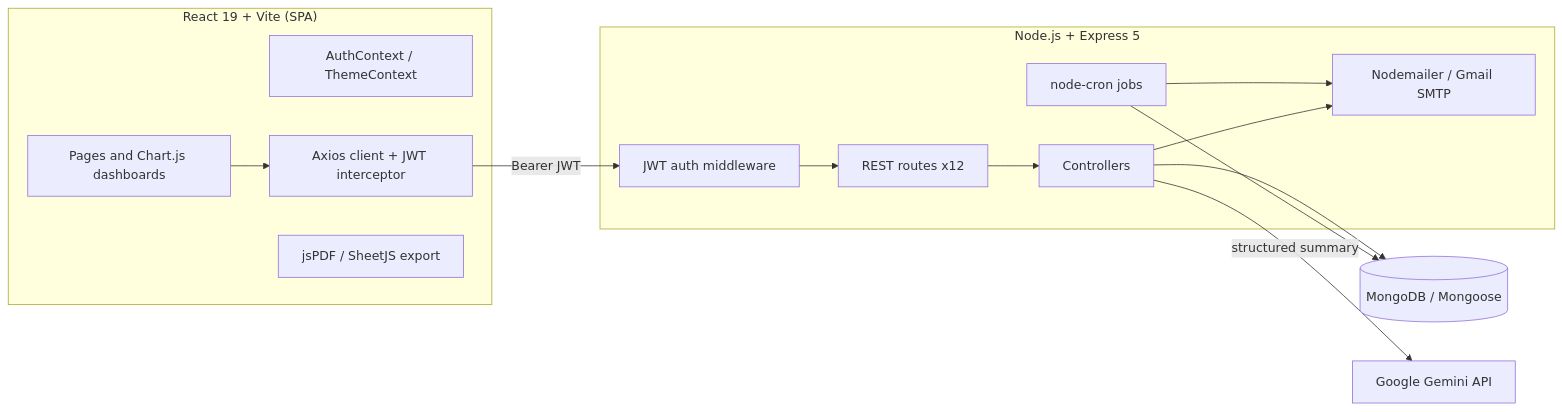
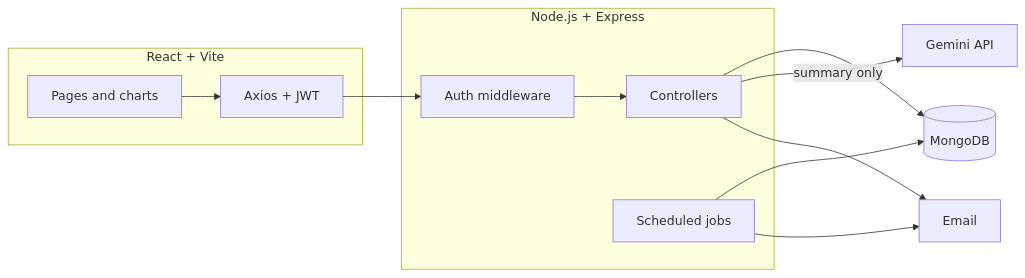
The diagram in README.md (ashutosh081201/expense-tracker), drawn with Mermaid before and after one commit. The commit also changed other lines of this file and 1 other file, not shown here.

````diff
--- a/README.md
+++ b/README.md
@@ -71,26 +65,23 @@
 ```mermaid
 flowchart LR
-  subgraph Client["React 19 + Vite (SPA)"]
-    UI[Pages and Chart.js dashboards]
-    Ctx[AuthContext / ThemeContext]
-    AX[Axios client + JWT interceptor]
-    EXP[jsPDF / SheetJS export]
+  subgraph Client["React + Vite"]
+    UI[Pages and charts]
+    AX[Axios + JWT]
   end
 
-  subgraph API["Node.js + Express 5"]
-    MW[JWT auth middleware]
-    R[REST routes x12]
+  subgraph API["Node.js + Express"]
+    MW[Auth middleware]
     C[Controllers]
-    CRON[node-cron jobs]
-    MAIL[Nodemailer / Gmail SMTP]
+    CRON[Scheduled jobs]
   end
 
-  DB[(MongoDB / Mongoose)]
-  GEM[Google Gemini API]
+  DB[(MongoDB)]
+  GEM[Gemini API]
+  MAIL[Email]
 
-  UI --> AX -->|Bearer JWT| MW --> R --> C --> DB
-  C -->|structured summary| GEM
+  UI --> AX --> MW --> C --> DB
+  C -->|summary only| GEM
   CRON --> DB
   CRON --> MAIL
   C --> MAIL
 ```
````
